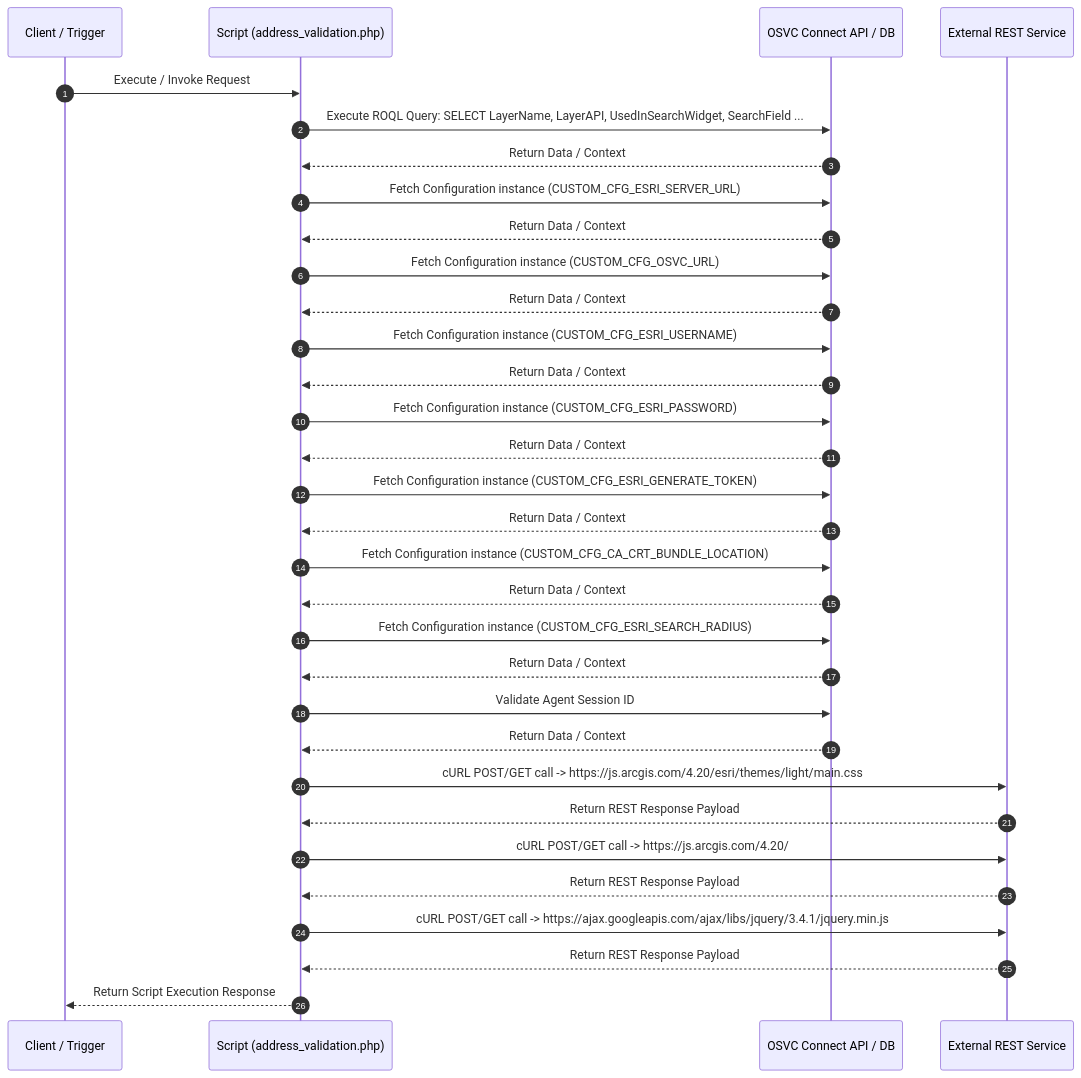
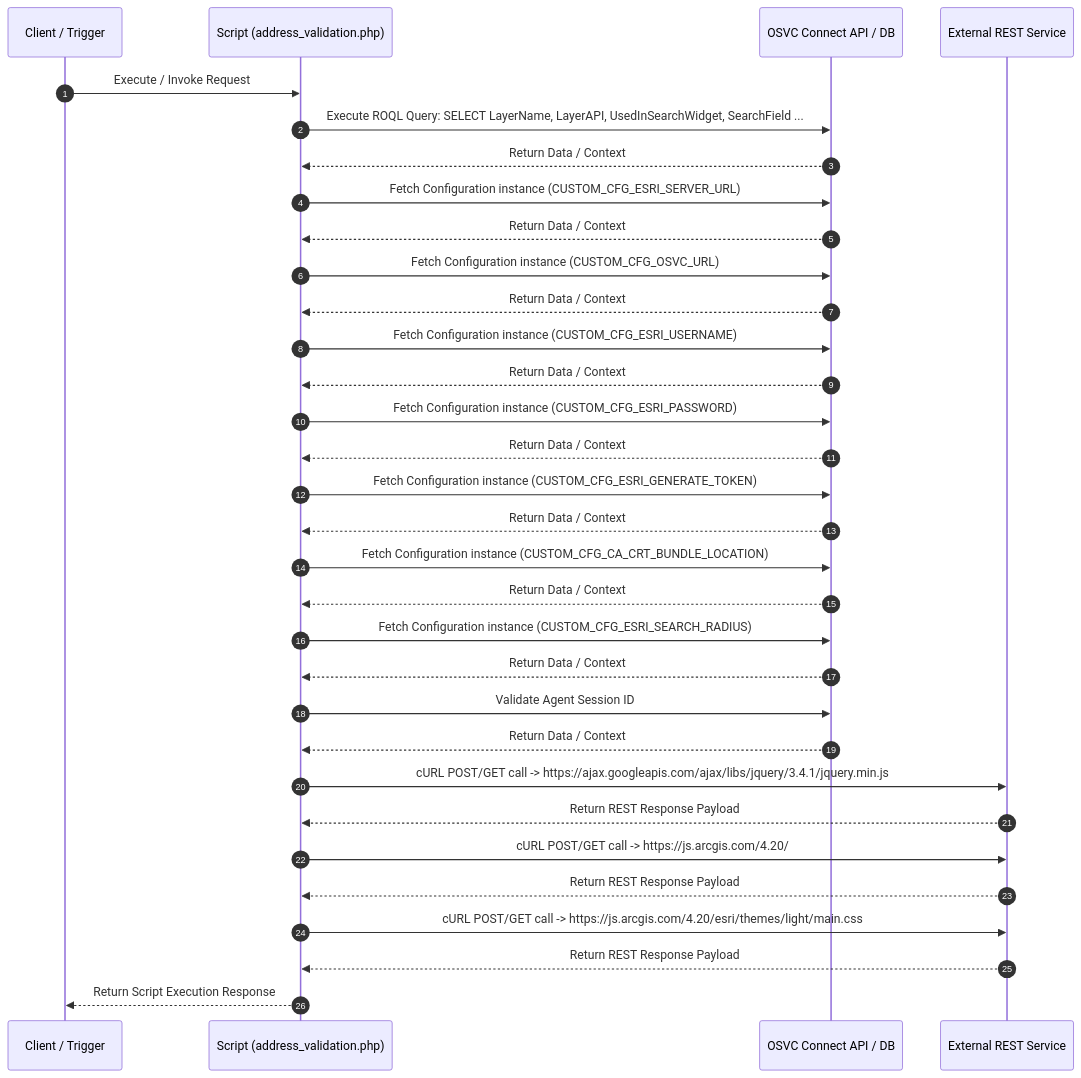
Before and after one commit to SujalMatolia0/Config_Migration: the diagram in results/markdown/scripts/report_address_validation.php.md, drawn with Mermaid. The commit also changed other lines of this file and 14 other files, not shown here.

````diff
--- a/results/markdown/scripts/report_address_validation.php.md
+++ b/results/markdown/scripts/report_address_validation.php.md
@@ -62,34 +62,34 @@
 ```mermaid
 sequenceDiagram
   autonumber
   participant Client as Client / Trigger
   participant Script as Script (address_validation.php)
   participant OSVC as OSVC Connect API / DB
   participant REST as External REST Service
   Client->>Script: Execute / Invoke Request
   Script->>OSVC: Execute ROQL Query: SELECT LayerName, LayerAPI, UsedInSearchWidget, SearchField ...
   OSVC-->>Script: Return Data / Context
   Script->>OSVC: Fetch Configuration instance (CUSTOM_CFG_ESRI_SERVER_URL)
   OSVC-->>Script: Return Data / Context
   Script->>OSVC: Fetch Configuration instance (CUSTOM_CFG_OSVC_URL)
   OSVC-->>Script: Return Data / Context
   Script->>OSVC: Fetch Configuration instance (CUSTOM_CFG_ESRI_USERNAME)
   OSVC-->>Script: Return Data / Context
   Script->>OSVC: Fetch Configuration instance (CUSTOM_CFG_ESRI_PASSWORD)
   OSVC-->>Script: Return Data / Context
   Script->>OSVC: Fetch Configuration instance (CUSTOM_CFG_ESRI_GENERATE_TOKEN)
   OSVC-->>Script: Return Data / Context
   Script->>OSVC: Fetch Configuration instance (CUSTOM_CFG_CA_CRT_BUNDLE_LOCATION)
   OSVC-->>Script: Return Data / Context
   Script->>OSVC: Fetch Configuration instance (CUSTOM_CFG_ESRI_SEARCH_RADIUS)
   OSVC-->>Script: Return Data / Context
   Script->>OSVC: Validate Agent Session ID
   OSVC-->>Script: Return Data / Context
-  Script->>REST: cURL POST/GET call -> https://js.arcgis.com/4.20/esri/themes/light/main.css
+  Script->>REST: cURL POST/GET call -> https://ajax.googleapis.com/ajax/libs/jquery/3.4.1/jquery.min.js
   REST-->>Script: Return REST Response Payload
   Script->>REST: cURL POST/GET call -> https://js.arcgis.com/4.20/
   REST-->>Script: Return REST Response Payload
-  Script->>REST: cURL POST/GET call -> https://ajax.googleapis.com/ajax/libs/jquery/3.4.1/jquery.min.js
+  Script->>REST: cURL POST/GET call -> https://js.arcgis.com/4.20/esri/themes/light/main.css
   REST-->>Script: Return REST Response Payload
   Script-->>Client: Return Script Execution Response
 ```
````
